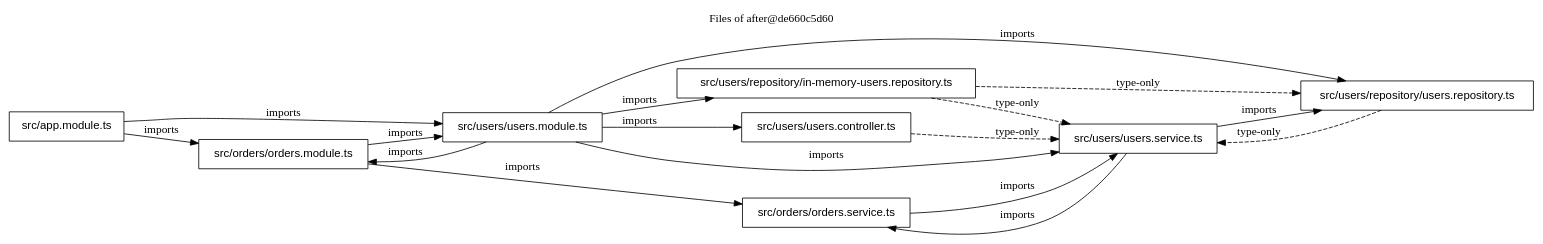
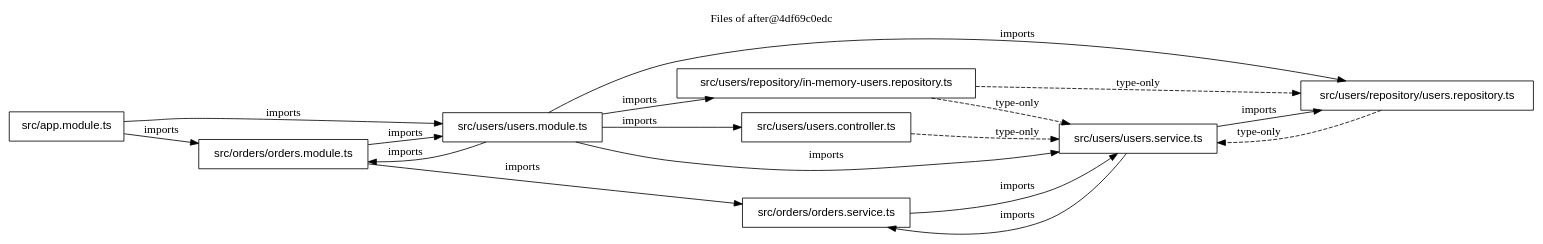
The diagram in examples/nest-shop/files-after.dot (FullFran/archsieve), drawn with Graphviz before and after one commit. The commit also changed 22 other files, not shown here.

```diff
--- a/examples/nest-shop/files-after.dot
+++ b/examples/nest-shop/files-after.dot
@@ -1,29 +1,29 @@
 digraph archsieve {
   rankdir=LR;
   node [shape=box, fontname="Helvetica"];
-  label="Files of after@de660c5d60"; labelloc=t;
+  label="Files of after@4df69c0edc"; labelloc=t;
   "src/app.module.ts" [label="src/app.module.ts"];
   "src/orders/orders.module.ts" [label="src/orders/orders.module.ts"];
   "src/orders/orders.service.ts" [label="src/orders/orders.service.ts"];
   "src/users/repository/in-memory-users.repository.ts" [label="src/users/repository/in-memory-users.repository.ts"];
   "src/users/repository/users.repository.ts" [label="src/users/repository/users.repository.ts"];
   "src/users/users.controller.ts" [label="src/users/users.controller.ts"];
   "src/users/users.module.ts" [label="src/users/users.module.ts"];
   "src/users/users.service.ts" [label="src/users/users.service.ts"];
   "src/app.module.ts" -> "src/orders/orders.module.ts" [label="imports"];
   "src/app.module.ts" -> "src/users/users.module.ts" [label="imports"];
   "src/orders/orders.module.ts" -> "src/orders/orders.service.ts" [label="imports"];
   "src/orders/orders.module.ts" -> "src/users/users.module.ts" [label="imports"];
   "src/orders/orders.service.ts" -> "src/users/users.service.ts" [label="imports"];
   "src/users/repository/in-memory-users.repository.ts" -> "src/users/repository/users.repository.ts" [style=dashed, label="type-only"];
   "src/users/repository/in-memory-users.repository.ts" -> "src/users/users.service.ts" [style=dashed, label="type-only"];
   "src/users/repository/users.repository.ts" -> "src/users/users.service.ts" [style=dashed, label="type-only"];
   "src/users/users.controller.ts" -> "src/users/users.service.ts" [style=dashed, label="type-only"];
   "src/users/users.module.ts" -> "src/orders/orders.module.ts" [label="imports"];
   "src/users/users.module.ts" -> "src/users/repository/in-memory-users.repository.ts" [label="imports"];
   "src/users/users.module.ts" -> "src/users/repository/users.repository.ts" [label="imports"];
   "src/users/users.module.ts" -> "src/users/users.controller.ts" [label="imports"];
   "src/users/users.module.ts" -> "src/users/users.service.ts" [label="imports"];
   "src/users/users.service.ts" -> "src/orders/orders.service.ts" [label="imports"];
   "src/users/users.service.ts" -> "src/users/repository/users.repository.ts" [label="imports"];
 }
```
